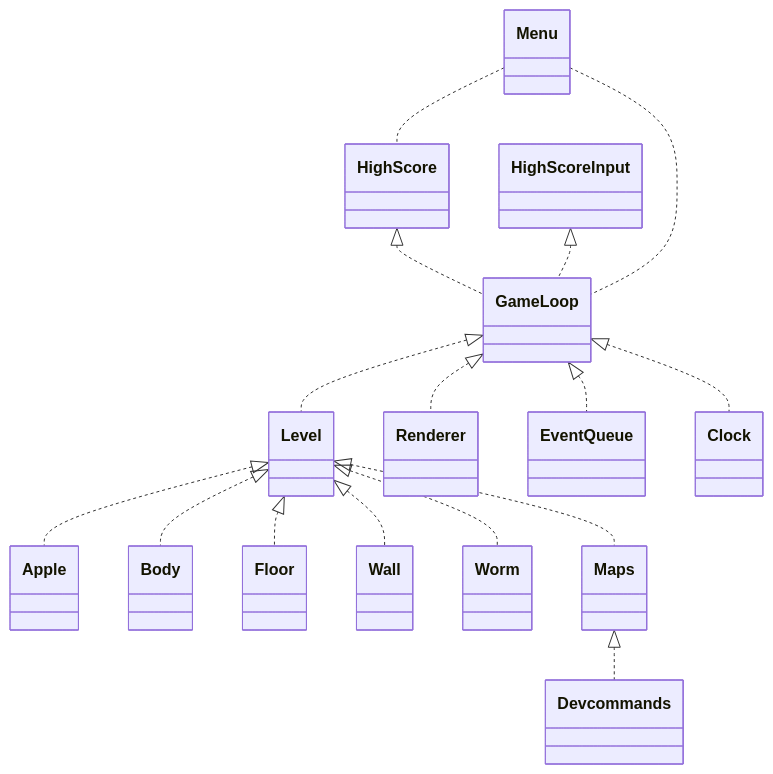
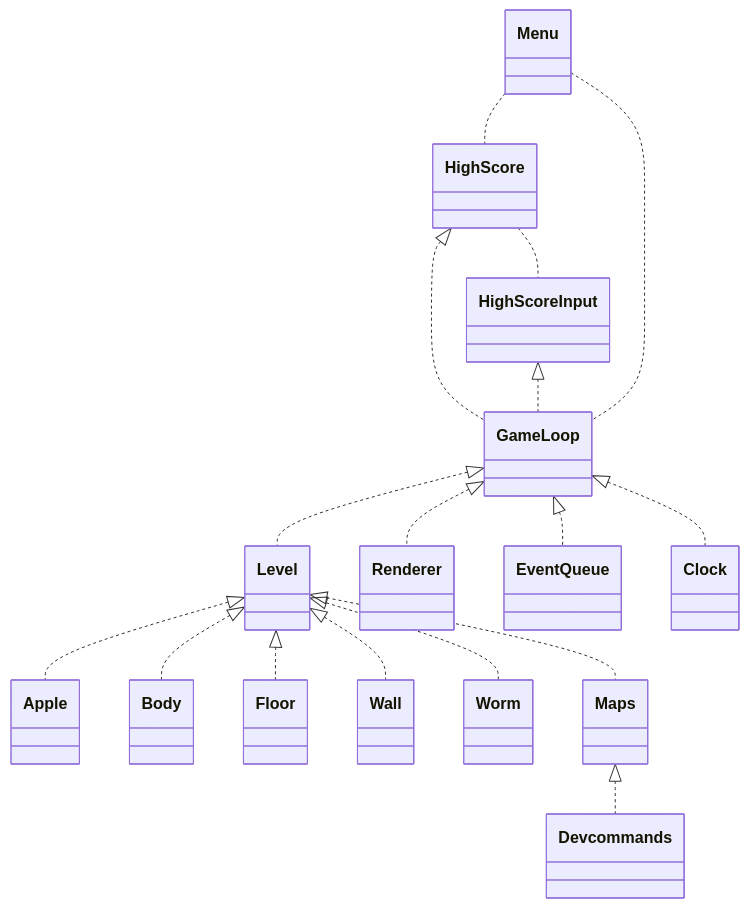
One commit to VilleJuhan1/ot-harjoitustyo changed the first of 3 diagrams in dokumentaatio/arkkitehtuuri.md. Above: the diagram before and after it, drawn with Mermaid. The commit also changed 3 other files, not shown here.

````diff
--- a/dokumentaatio/arkkitehtuuri.md
+++ b/dokumentaatio/arkkitehtuuri.md
@@ -6,18 +6,19 @@
 ```mermaid
 classDiagram
     GameLoop <|.. Level
     GameLoop <|.. Renderer
     GameLoop <|.. EventQueue
     GameLoop <|.. Clock
     HighScore <|.. GameLoop
     HighScoreInput <|.. GameLoop
+    HighScore .. HighScoreInput
     Level <|.. Apple
     Level <|.. Body
     Level <|.. Floor
     Level <|.. Wall
     Level <|.. Worm
     Level <|.. Maps
     Maps <|.. Devcommands
     Menu .. GameLoop
     Menu .. HighScore
 ```
````
